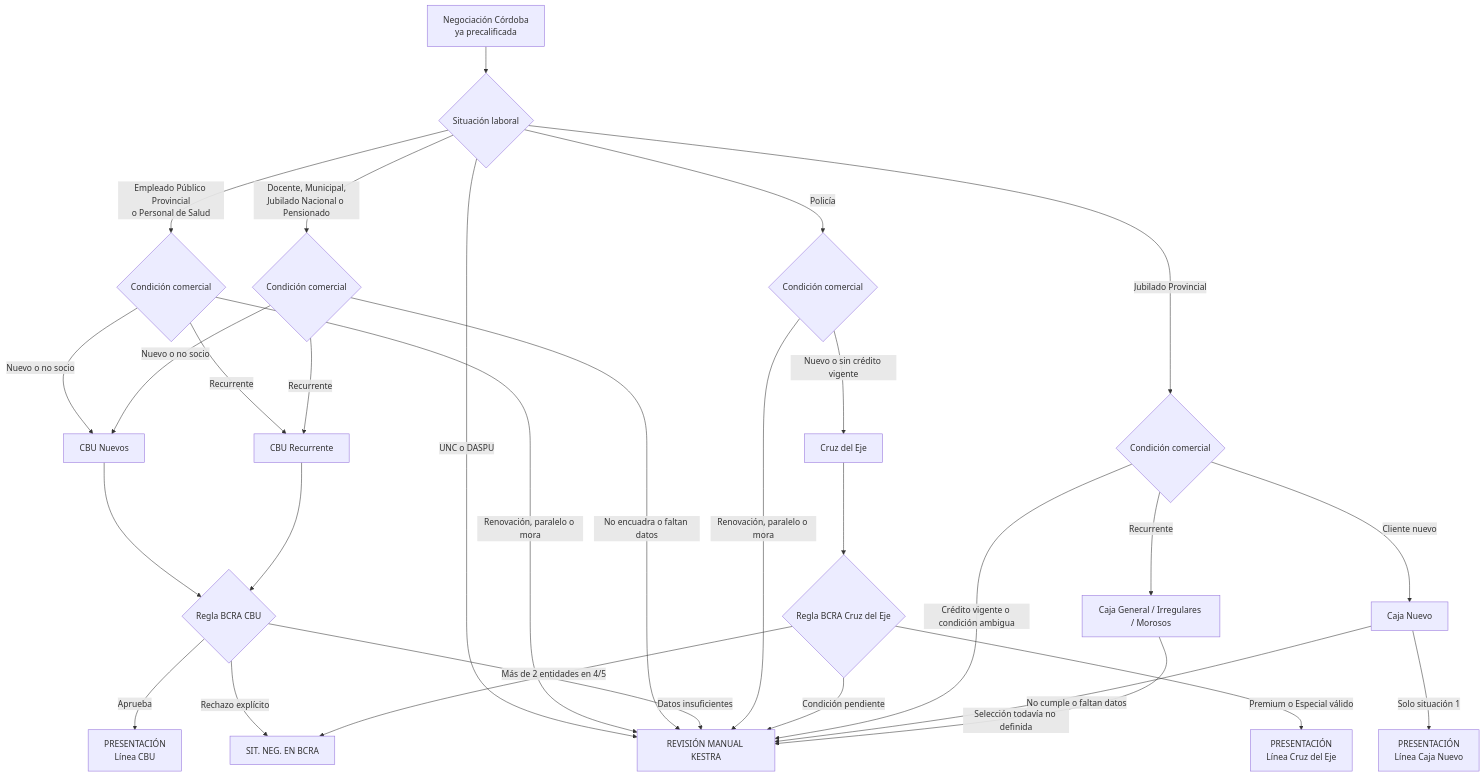
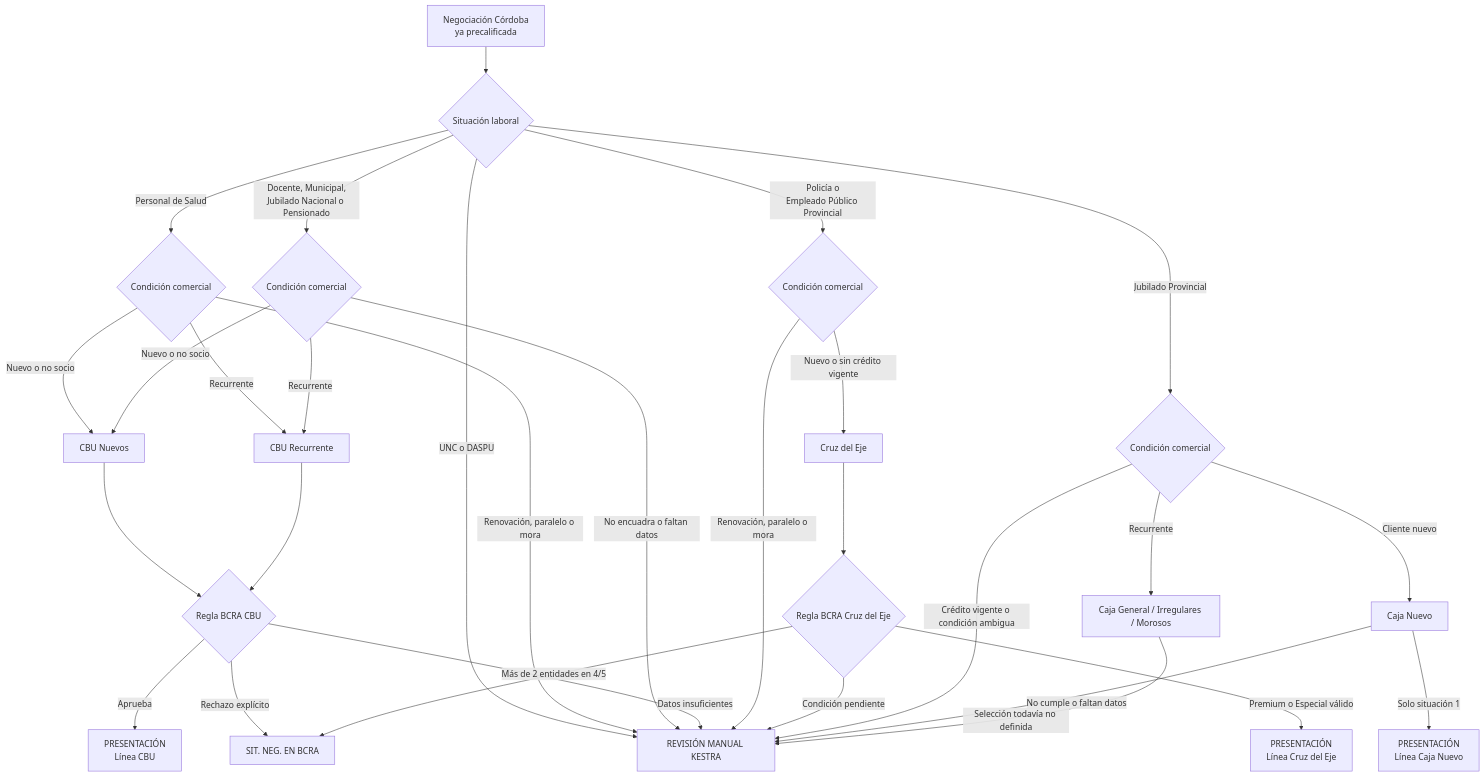
The third of 3 diagrams in kestra/automations/marketing-crm/docs/commercial-rules/PROCESS_OVERVIEW.md (Red-Unisol/redunisol-platform), drawn with Mermaid before and after one commit. The commit also changed 3 other files, not shown here.

````diff
--- a/kestra/automations/marketing-crm/docs/commercial-rules/PROCESS_OVERVIEW.md
+++ b/kestra/automations/marketing-crm/docs/commercial-rules/PROCESS_OVERVIEW.md
@@ -52,38 +52,38 @@
 ```mermaid
 flowchart TD
     A[Negociación Córdoba<br/>ya precalificada] --> B{Situación laboral}
 
-    B -->|Empleado Público Provincial<br/>o Personal de Salud| C{Condición comercial}
-    B -->|Policía| D{Condición comercial}
+    B -->|Personal de Salud| C{Condición comercial}
+    B -->|Policía o<br/>Empleado Público Provincial| D{Condición comercial}
     B -->|Docente, Municipal,<br/>Jubilado Nacional o Pensionado| E{Condición comercial}
     B -->|Jubilado Provincial| F{Condición comercial}
     B -->|UNC o DASPU| R[REVISIÓN MANUAL KESTRA]
 
     C -->|Nuevo o no socio| G[CBU Nuevos]
     C -->|Recurrente| H[CBU Recurrente]
     C -->|Renovación, paralelo o mora| R
 
     E -->|Nuevo o no socio| G
     E -->|Recurrente| H
     E -->|No encuadra o faltan datos| R
 
     G --> I{Regla BCRA CBU}
     H --> I
     I -->|Aprueba| P[PRESENTACIÓN<br/>Línea CBU]
     I -->|Rechazo explícito| Q[SIT. NEG. EN BCRA]
     I -->|Datos insuficientes| R
 
     D -->|Nuevo o sin crédito vigente| K[Cruz del Eje]
     D -->|Renovación, paralelo o mora| R
     K --> L{Regla BCRA Cruz del Eje}
     L -->|Premium o Especial válido| S[PRESENTACIÓN<br/>Línea Cruz del Eje]
     L -->|Más de 2 entidades en 4/5| Q
     L -->|Condición pendiente| R
 
     F -->|Cliente nuevo| M[Caja Nuevo]
     F -->|Recurrente| N[Caja General / Irregulares / Morosos]
     F -->|Crédito vigente o condición ambigua| R
     M -->|Solo situación 1| T[PRESENTACIÓN<br/>Línea Caja Nuevo]
     M -->|No cumple o faltan datos| R
     N -->|Selección todavía no definida| R
 ```
````
